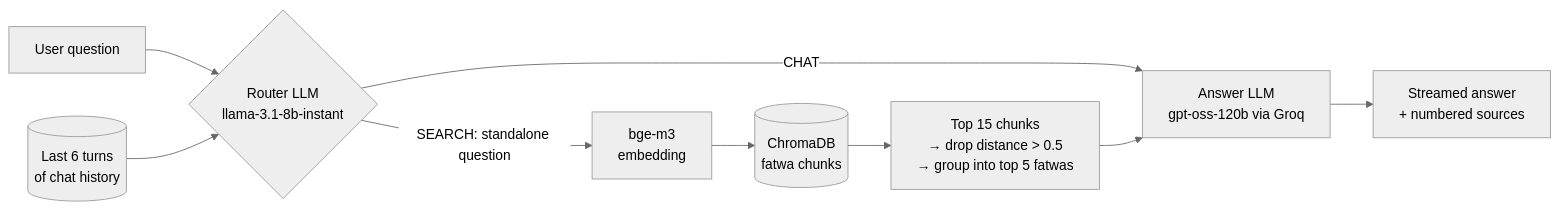
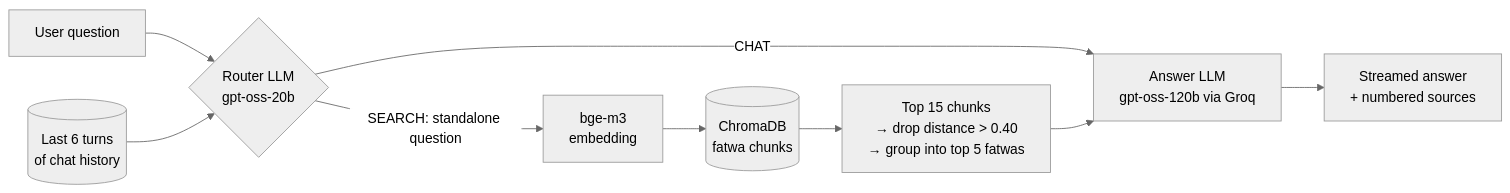
One commit to h-salah1117/Online-Efteely changed the diagram in README.md. Above: the diagram before and after it, drawn with Mermaid (neutral theme). The commit also changed other lines of this file and 23 other files, not shown here.

````diff
--- a/README.md
+++ b/README.md
@@ -37,11 +37,11 @@
 ```mermaid
 flowchart LR
-    U[User question] --> R{Router LLM<br/>llama-3.1-8b-instant}
+    U[User question] --> R{Router LLM<br/>gpt-oss-20b}
     H[(Last 6 turns<br/>of chat history)] --> R
     R -- "CHAT" --> G
     R -- "SEARCH: standalone question" --> E[bge-m3<br/>embedding]
     E --> V[(ChromaDB<br/>fatwa chunks)]
-    V --> F[Top 15 chunks<br/>→ drop distance > 0.5<br/>→ group into top 5 fatwas]
+    V --> F[Top 15 chunks<br/>→ drop distance > 0.40<br/>→ group into top 5 fatwas]
     F --> G[Answer LLM<br/>gpt-oss-120b via Groq]
     G --> A[Streamed answer<br/>+ numbered sources]
 ```
````
